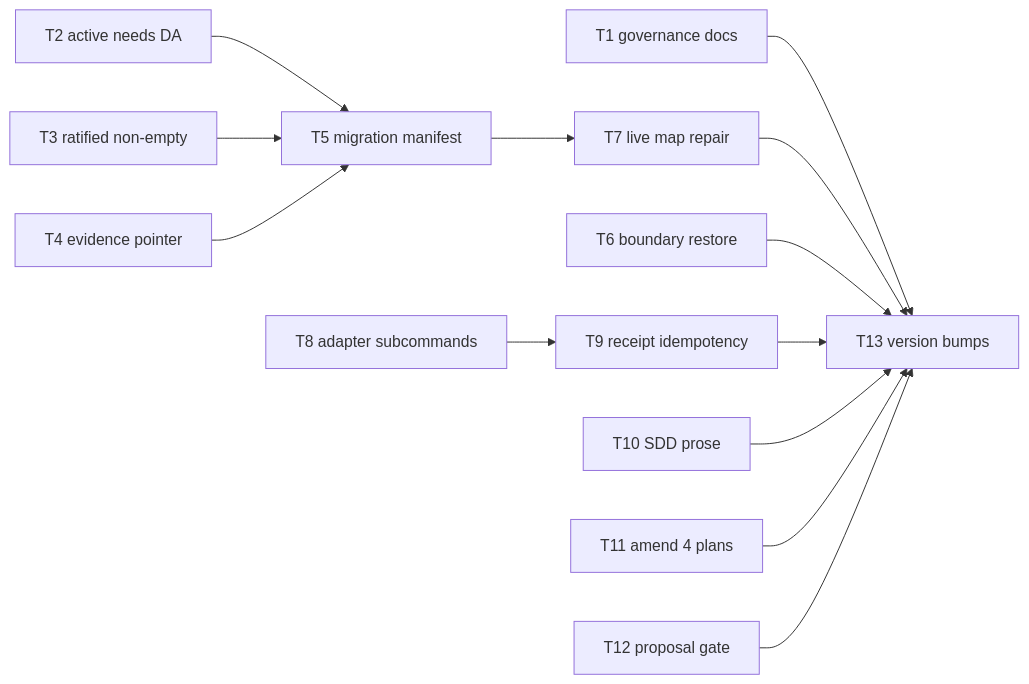
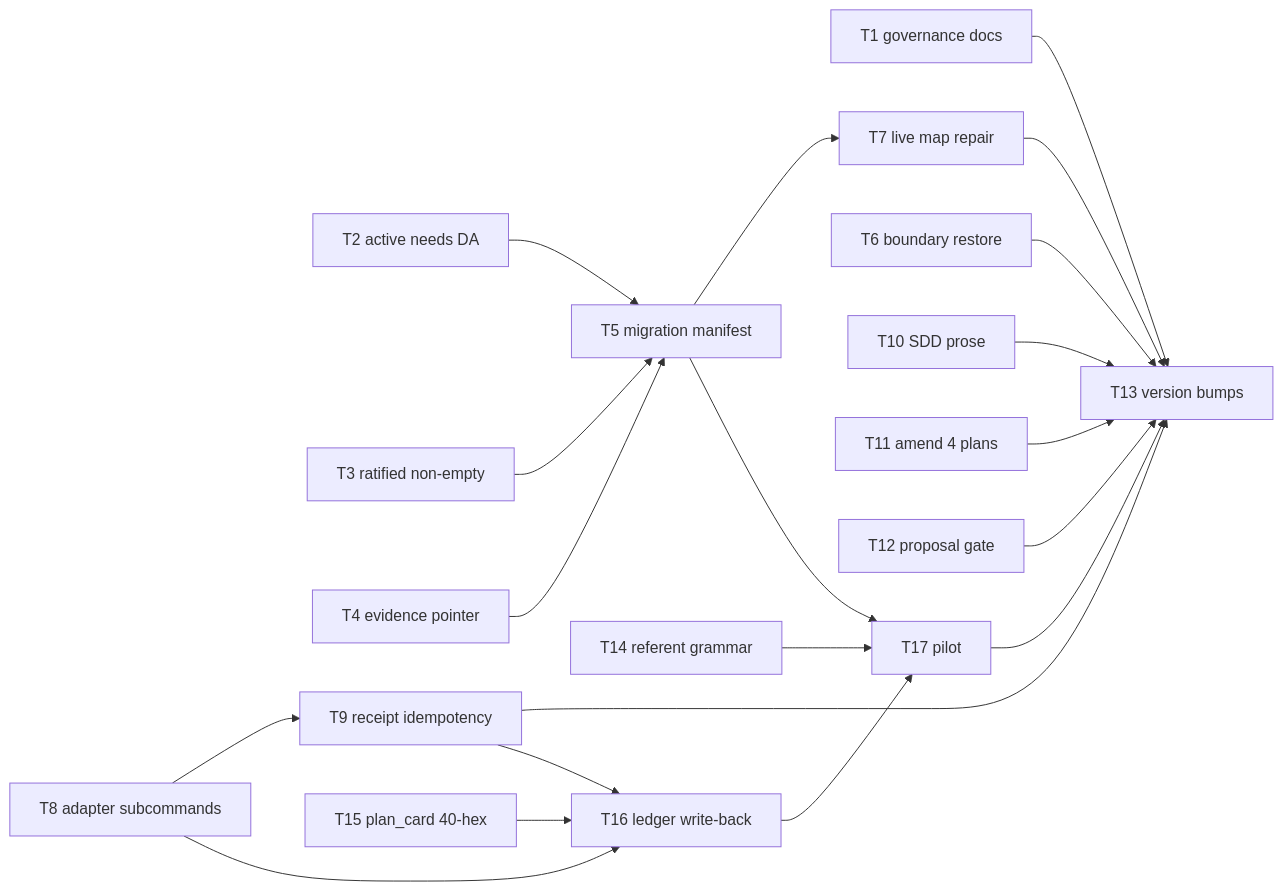
Before and after one commit to kouko/monkey-skills: the diagram in docs/loom/plans/2026-08-31-contract-repair-post-v3.md, drawn with Mermaid. The commit also changed other lines of this file and 1 other file, not shown here.

Commit message:
docs(loom): brief R11 + plan Tasks 14-17 — batch path end-to-end walkable (kouko-approved mid-arc amendment)

````diff
--- a/docs/loom/plans/2026-08-31-contract-repair-post-v3.md
+++ b/docs/loom/plans/2026-08-31-contract-repair-post-v3.md
@@ -17,12 +17,17 @@
 ```mermaid
 flowchart LR
 T1[T1 governance docs] --> T13[T13 version bumps]
 T2[T2 active needs DA] --> T5[T5 migration manifest] --> T7[T7 live map repair] --> T13
 T3[T3 ratified non-empty] --> T5
 T4[T4 evidence pointer] --> T5
 T6[T6 boundary restore] --> T13
 T8[T8 adapter subcommands] --> T9[T9 receipt idempotency] --> T13
 T10[T10 SDD prose] --> T13
 T11[T11 amend 4 plans] --> T13
 T12[T12 proposal gate] --> T13
+T14[T14 referent grammar] --> T17[T17 pilot] --> T13
+T15[T15 plan_card 40-hex] --> T16[T16 ledger write-back] --> T17
+T8 --> T16
+T9 --> T16
+T5 --> T17
 ```
````
